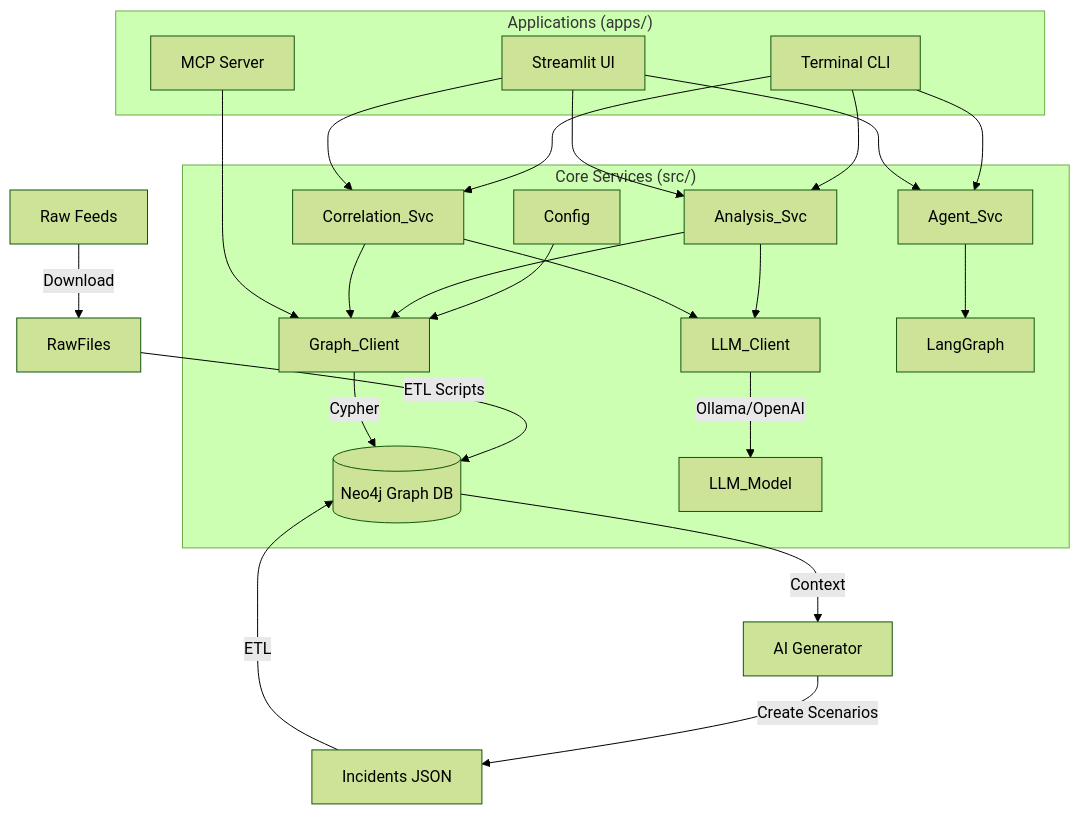
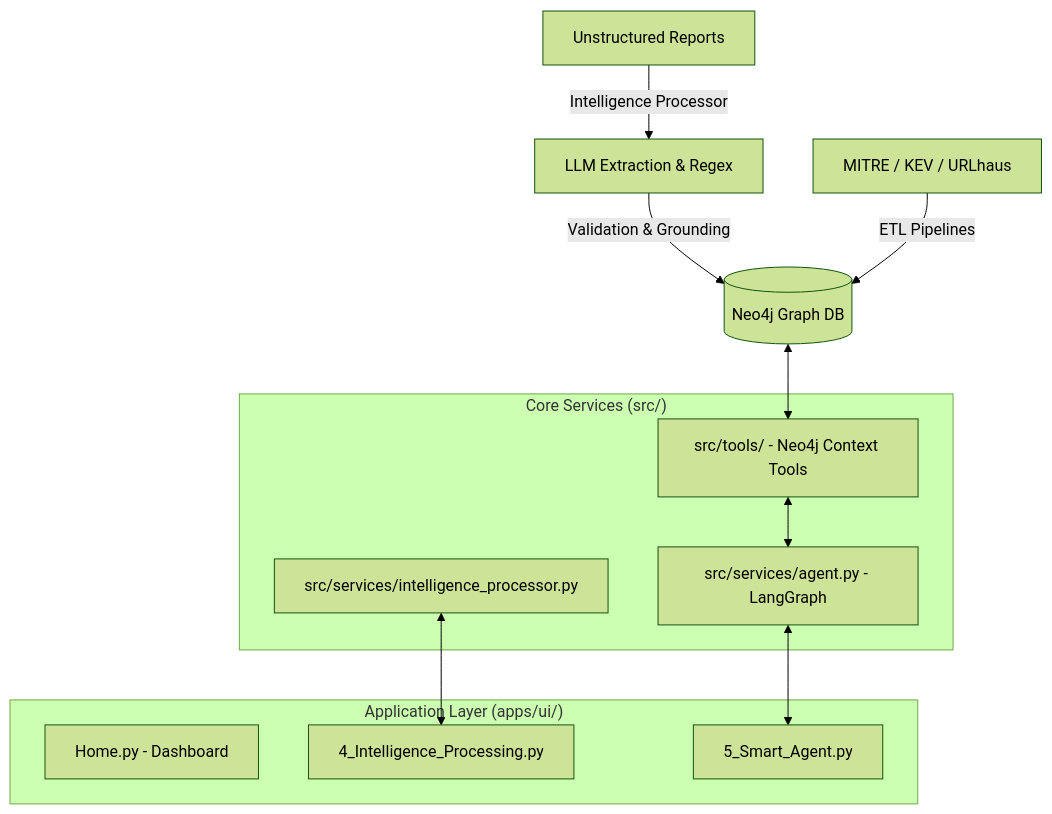
One commit to seonwookim92/Cyber-Ontology-INtelligence changed the diagram in README.md. Above: the diagram before and after it, drawn with Mermaid (forest theme). The commit also changed other lines of this file and 12 other files, not shown here.

Commit message:
Add Text processing function

````diff
--- a/README.md
+++ b/README.md
@@ -53,24 +44,25 @@
 ```mermaid
 graph TD
-    Data[Raw Feeds] -->|Download| RawFiles
-    RawFiles -->|ETL Scripts| Neo4j[(Neo4j Graph DB)]
-    Neo4j -->|Context| Gen[AI Generator]
-    Gen -->|Create Scenarios| Incidents[Incidents JSON]
-    Incidents -->|ETL| Neo4j
+    Text[Unstructured Reports] -->|Intelligence Processor| LLM_Ext[LLM Extraction & Regex]
+    LLM_Ext -->|Validation & Grounding| Neo4j[(Neo4j Graph DB)]
+    
+    Feeds[MITRE / KEV / URLhaus] -->|ETL Pipelines| Neo4j
     
     subgraph "Core Services (src/)"
-        Config --> Graph_Client
-        Graph_Client -->|Cypher| Neo4j
-        LLM_Client -->|Ollama/OpenAI| LLM_Model
-        
-        Analysis_Svc --> Graph_Client & LLM_Client
-        Correlation_Svc --> Graph_Client & LLM_Client
-        Agent_Svc --> LangGraph
+        Tools[src/tools/ - Neo4j Context Tools]
+        Agent[src/services/agent.py - LangGraph]
+        Processor[src/services/intelligence_processor.py]
     end
     
-    subgraph "Applications (apps/)"
-        CLI[Terminal CLI] --> Analysis_Svc & Correlation_Svc & Agent_Svc
-        WebUI[Streamlit UI] --> Analysis_Svc & Correlation_Svc & Agent_Svc
-        MCP[MCP Server] --> Graph_Client
+    subgraph "Application Layer (apps/ui/)"
+        Home[Home.py - Dashboard]
+        Processing[4_Intelligence_Processing.py]
+        SmartAgent[5_Smart_Agent.py]
     end
+    
+    Neo4j <--> Tools
+    Tools <--> Agent
+    Agent <--> SmartAgent
+    Processor <--> Processing
+
 ```
````
